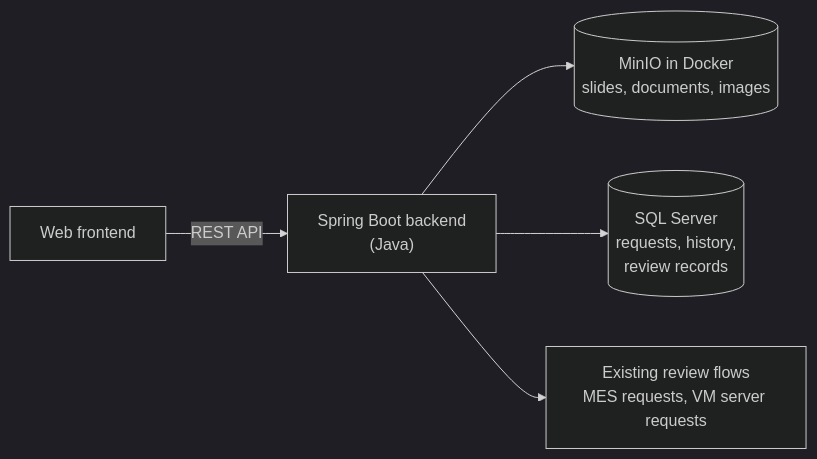
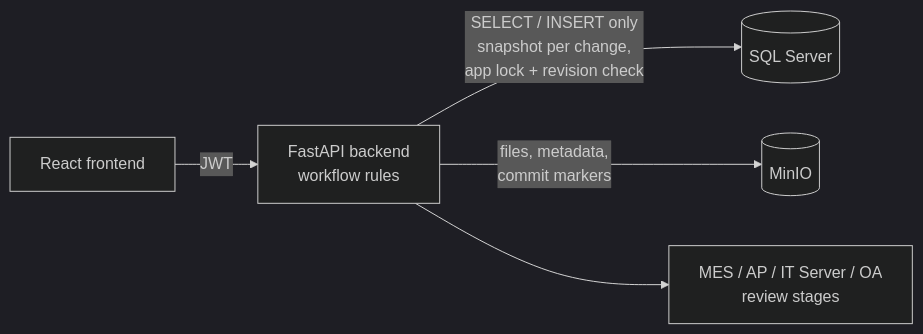
The eighth of 13 diagrams in README.md (raven-clown/raven-clown), drawn with Mermaid (dark theme) before and after one commit. The commit also changed other lines of this file and 2 other files, not shown here.

````diff
--- a/README.md
+++ b/README.md
@@ -337,7 +363,7 @@
 ```mermaid
 flowchart LR
-    Web["Web frontend"] -->|"REST API"| API["Spring Boot backend\n(Java)"]
-    API --> MinIO[("MinIO in Docker\nslides, documents, images")]
-    API --> SQL[("SQL Server\nrequests, history,\nreview records")]
-    API --> Flows["Existing review flows\nMES requests, VM server requests"]
+    Web["React frontend"] -->|"JWT"| API["FastAPI backend\nworkflow rules"]
+    API -->|"SELECT / INSERT only\nsnapshot per change,\napp lock + revision check"| SQL[("SQL Server")]
+    API -->|"files, metadata,\ncommit markers"| MinIO[("MinIO")]
+    API --> Flow["MES / AP / IT Server / OA\nreview stages"]
 ```
````
